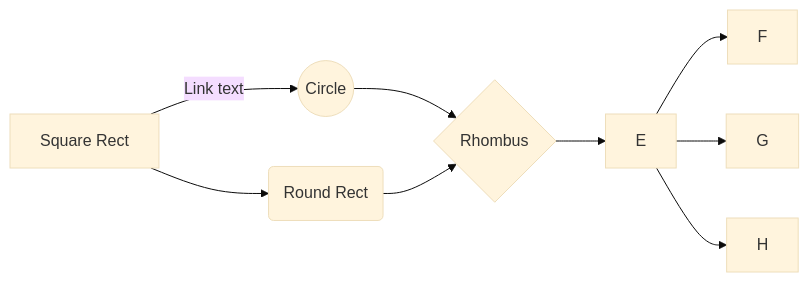
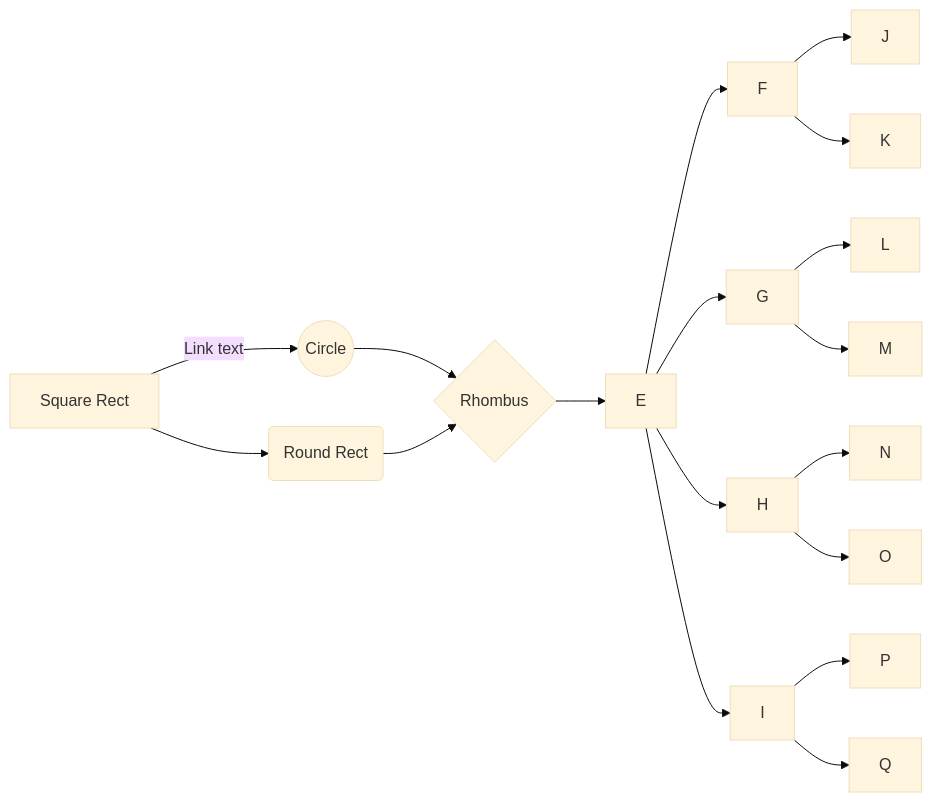
The diagram in README.md (wesleyscholl/mermaid-test), drawn with Mermaid (base theme) before and after one commit.

````diff
--- a/README.md
+++ b/README.md
@@ -3,11 +3,20 @@
 ```mermaid
 graph LR
     A[Square Rect] -- Link text --> B((Circle))
     A --> C(Round Rect)
     B --> D{Rhombus}
     C --> D
     D --> E
     E --> F
     E --> G
     E --> H
+    E --> I
+    F --> J
+    F --> K
+    G --> L
+    G --> M
+    H --> N
+    H --> O
+    I --> P
+    I --> Q
 ```
````
